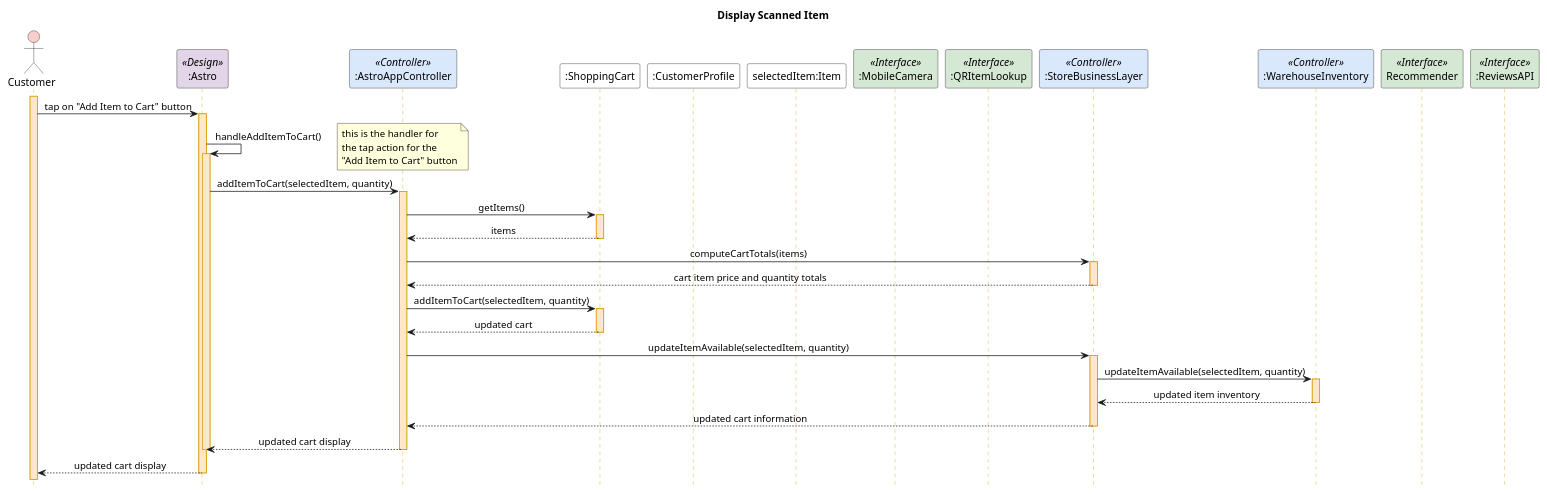
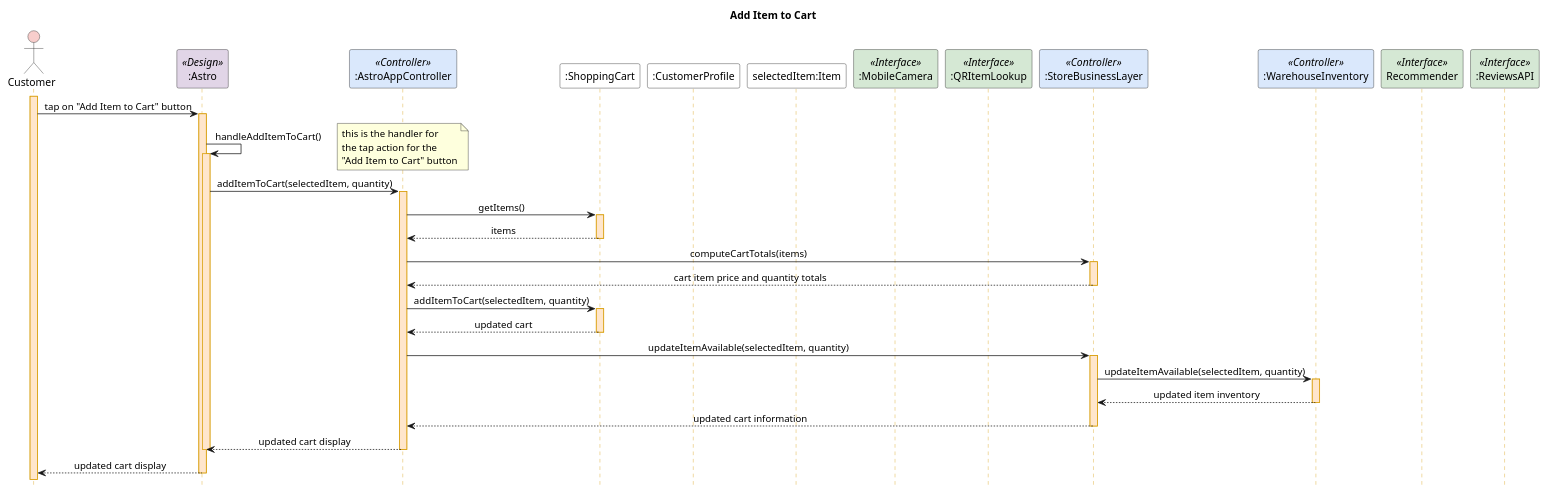
One commit to dalegaspi/bu-ms-s7-tp changed the diagram in doc/add-item-to-cart.puml. Above: the diagram before and after it, drawn with PlantUML. The commit also changed 21 other files, not shown here.

```diff
--- a/doc/add-item-to-cart.puml
+++ b/doc/add-item-to-cart.puml
@@ -1,46 +1,46 @@
 @startuml
 'https://plantuml.com/sequence-diagram
-title Display Scanned Item
+title Add Item to Cart
 hide footbox
 skinparam sequenceMessageAlign center
 skinparam sequence {
 LifeLineBorderColor #D79B00
 LifeLineBackgroundColor #FFE6CC
 }
 actor Customer as customer #F8CECC
 participant ":Astro" as astro <<Design>> #E1D5E7
 participant ":AstroAppController" as appController <<Controller>> #DAE8FC
 participant ":ShoppingCart" as cart #FFFFFF
 participant ":CustomerProfile" as profile #FFFFFF
 participant "selectedItem:Item" as selectedItem #FFFFFF
 participant ":MobileCamera" as camera <<Interface>> #D5E8D4
 participant ":QRItemLookup" as qrLookup <<Interface>> #D5E8D4
 participant ":StoreBusinessLayer" as store <<Controller>> #DAE8FC
 participant ":WarehouseInventory" as warehouse <<Controller>> #DAE8FC
 participant "Recommender" as recommender <<Interface>>#D5E8D4
 participant ":ReviewsAPI" as reviewsApi <<Interface>> #D5E8D4
 'autonumber
 autoactivate On
 activate customer
 customer -> astro: tap on "Add Item to Cart" button
 astro -> astro: handleAddItemToCart()
 note right
 this is the handler for
 the tap action for the
 "Add Item to Cart" button
 end note
 astro -> appController: addItemToCart(selectedItem, quantity)
 appController -> cart: getItems()
 return items
 appController -> store: computeCartTotals(items)
 return cart item price and quantity totals
 appController -> cart: addItemToCart(selectedItem, quantity)
 return updated cart
 appController -> store: updateItemAvailable(selectedItem, quantity)
 store -> warehouse: updateItemAvailable(selectedItem, quantity)
 return updated item inventory
 return updated cart information
 return updated cart display
 deactivate
 return updated cart display
 @enduml
```
